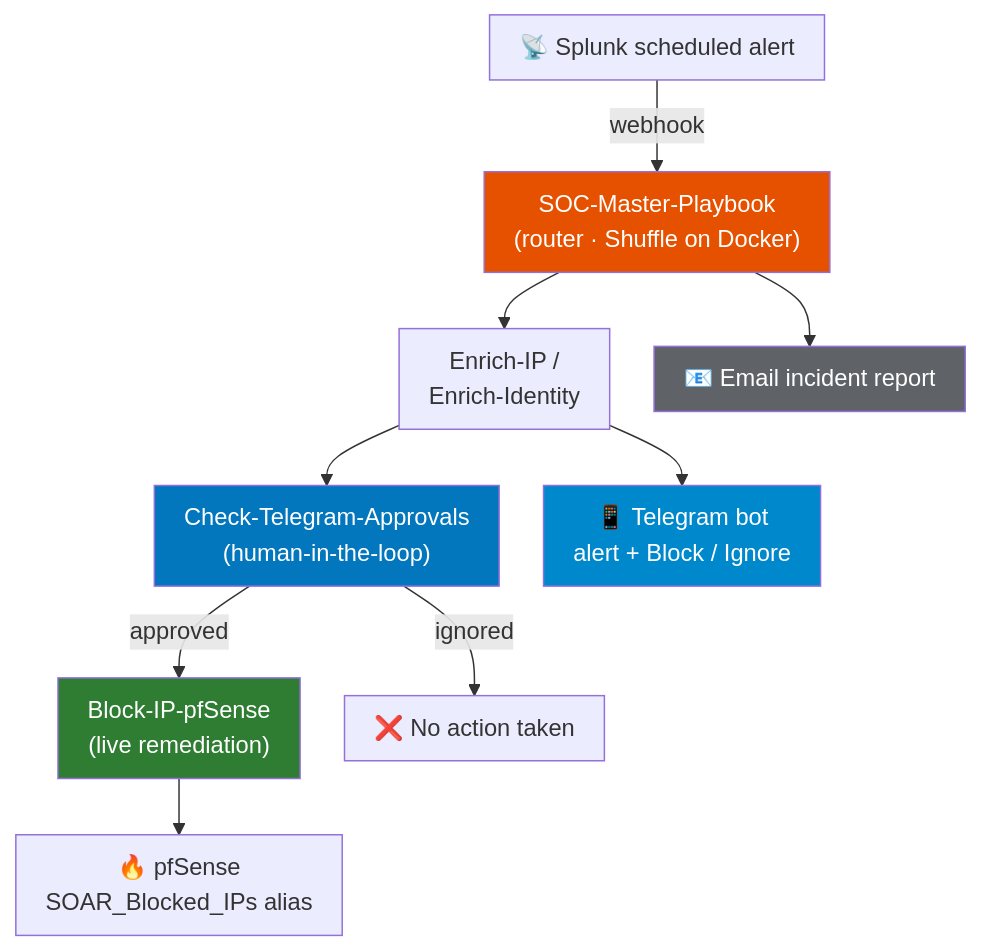
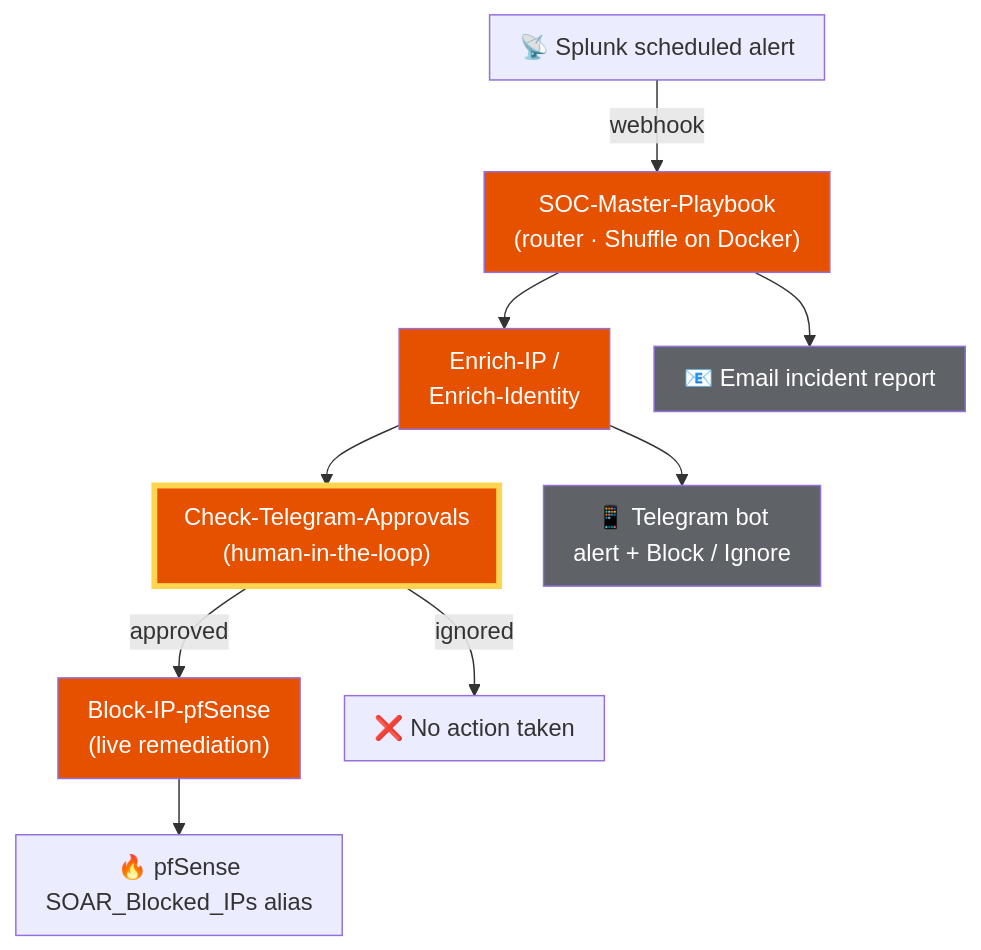
One commit to ahhmedmostafaa/SOC-SIEM-SOAR-HomeLab changed the second of 2 diagrams in architecture/README.md. Above: the diagram before and after it, drawn with Mermaid.

````diff
--- a/architecture/README.md
+++ b/architecture/README.md
@@ -59,31 +59,32 @@
 ```mermaid
 %%{init: {"flowchart": {"nodeSpacing": 30, "rankSpacing": 38, "padding": 10}}}%%
 flowchart TB
     ALERT["📡 Splunk scheduled alert"]
 
     ROUTER["SOC-Master-Playbook<br/>(router · Shuffle on Docker)"]
     ENRICH["Enrich-IP /<br/>Enrich-Identity"]
     APPROVE["Check-Telegram-Approvals<br/>(human-in-the-loop)"]
     BLOCK["Block-IP-pfSense<br/>(live remediation)"]
     NOOP["❌ No action taken"]
 
     TG["📱 Telegram bot<br/>alert + Block / Ignore"]
     MAIL["📧 Email incident report"]
 
     FW["🔥 pfSense<br/>SOAR_Blocked_IPs alias"]
 
     ALERT -- webhook --> ROUTER
     ROUTER --> ENRICH
     ROUTER --> MAIL
     ENRICH --> TG
     ENRICH --> APPROVE
     APPROVE -- approved --> BLOCK
     APPROVE -- ignored --> NOOP
     BLOCK --> FW
 
-    style TG fill:#0088cc,color:#fff
+    style TG fill:#5f6368,color:#fff
     style MAIL fill:#5f6368,color:#fff
     style ROUTER fill:#e65100,color:#fff
-    style APPROVE fill:#0277bd,color:#fff
-    style BLOCK fill:#2e7d32,color:#fff
+    style ENRICH fill:#e65100,color:#fff
+    style APPROVE fill:#e65100,color:#fff,stroke:#ffd54f,stroke-width:4px
+    style BLOCK fill:#e65100,color:#fff
 ```
````
